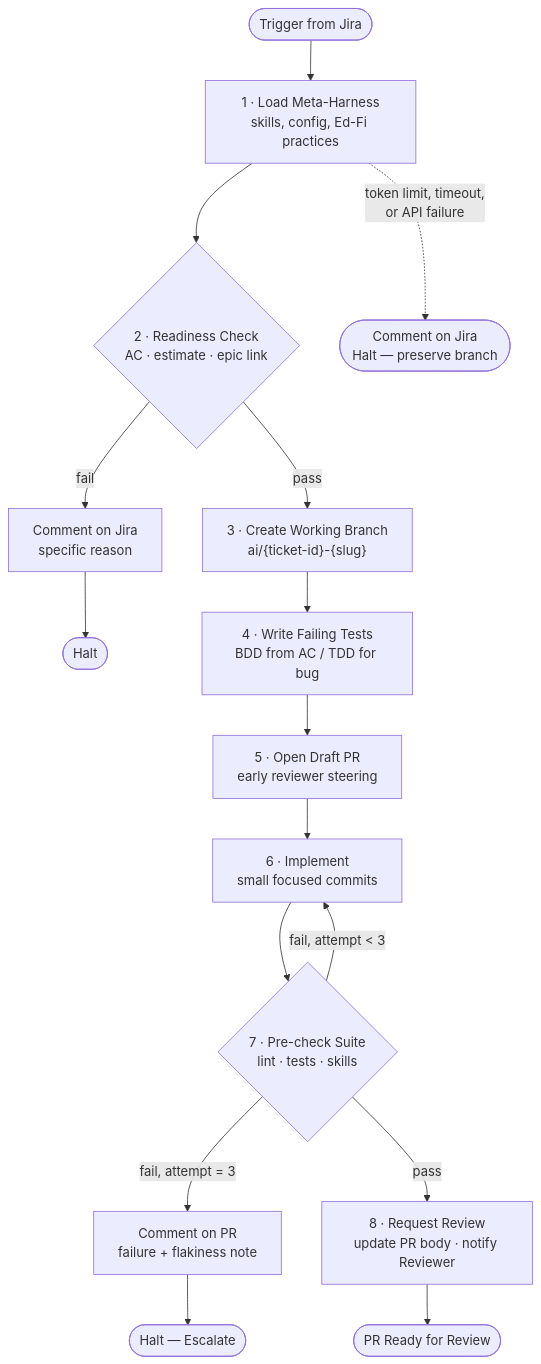
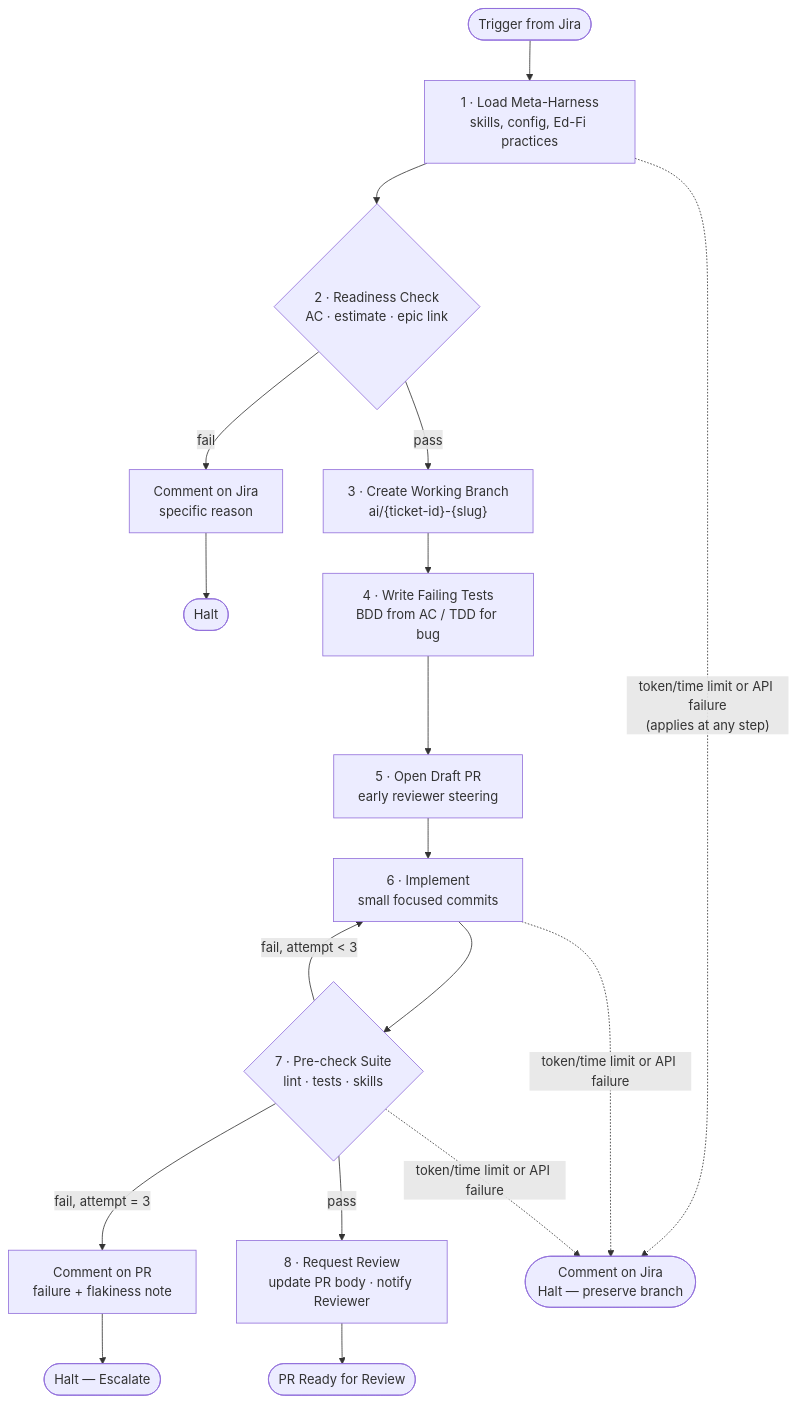
Before and after one commit to Ed-Fi-Alliance-OSS/Fiona: the second of 3 diagrams in docs/PRD-agentic-workflow.md, drawn with Mermaid. The commit also changed other lines of this file, not shown here.

````diff
--- a/docs/PRD-agentic-workflow.md
+++ b/docs/PRD-agentic-workflow.md
@@ -277,18 +301,20 @@
 ```mermaid
 flowchart TD
     START(["Trigger from Jira"]) --> LOAD["1 · Load Meta-Harness\nskills, config, Ed-Fi practices"]
     LOAD --> READY{"2 · Readiness Check\nAC · estimate · epic link"}
     READY -- fail --> RC["Comment on Jira\nspecific reason"]
     RC --> HALT1(["Halt"])
     READY -- pass --> BRANCH["3 · Create Working Branch\nai/{ticket-id}-{slug}"]
     BRANCH --> TESTS["4 · Write Failing Tests\nBDD from AC / TDD for bug"]
     TESTS --> DRAFT["5 · Open Draft PR\nearly reviewer steering"]
     DRAFT --> IMPL["6 · Implement\nsmall focused commits"]
     IMPL --> PCHECK{"7 · Pre-check Suite\nlint · tests · skills"}
     PCHECK -- "fail, attempt < 3" --> IMPL
     PCHECK -- "fail, attempt = 3" --> ESC["Comment on PR\nfailure + flakiness note"]
     ESC --> HALT2(["Halt — Escalate"])
     PCHECK -- pass --> RR["8 · Request Review\nupdate PR body · notify Reviewer"]
     RR --> DONE(["PR Ready for Review"])
-    LOAD -. "token limit, timeout,\nor API failure" .-> GOVFAIL(["Comment on Jira\nHalt — preserve branch"])
+    LOAD -. "token/time limit or API failure\n(applies at any step)" .-> GOVFAIL(["Comment on Jira\nHalt — preserve branch"])
+    IMPL -. "token/time limit or API failure" .-> GOVFAIL
+    PCHECK -. "token/time limit or API failure" .-> GOVFAIL
 ```
````
